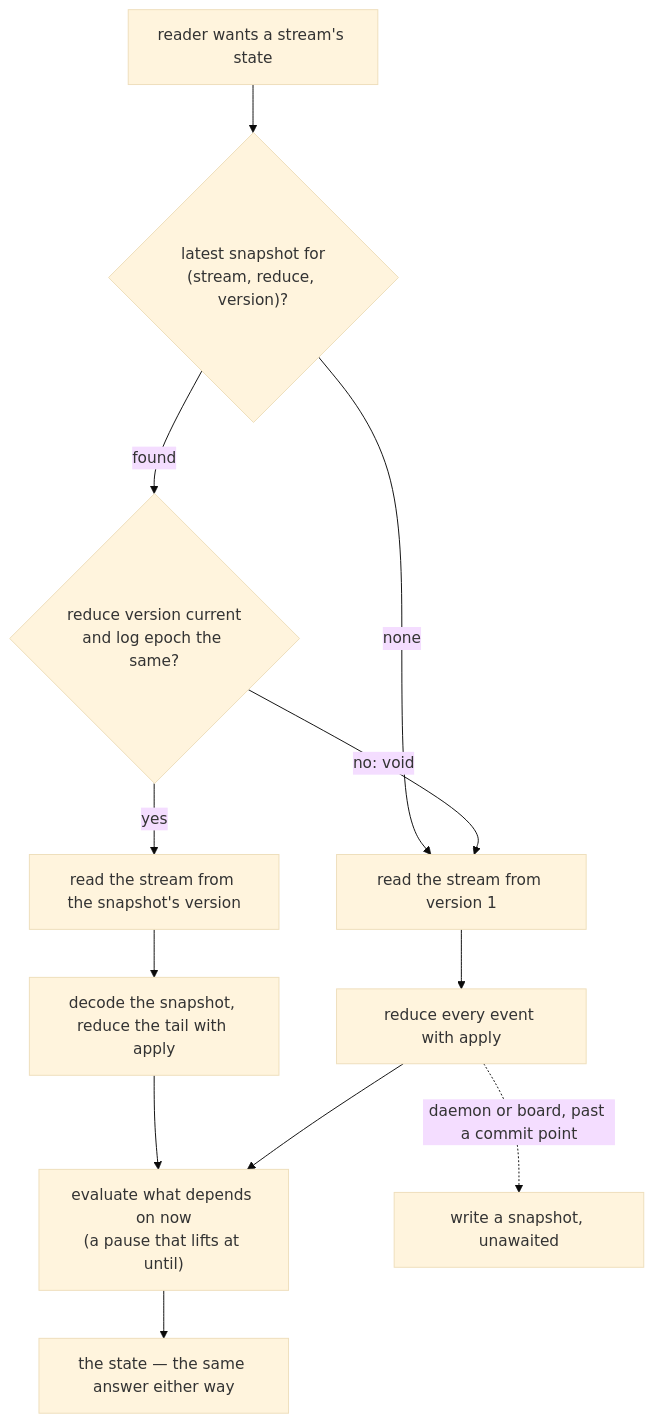
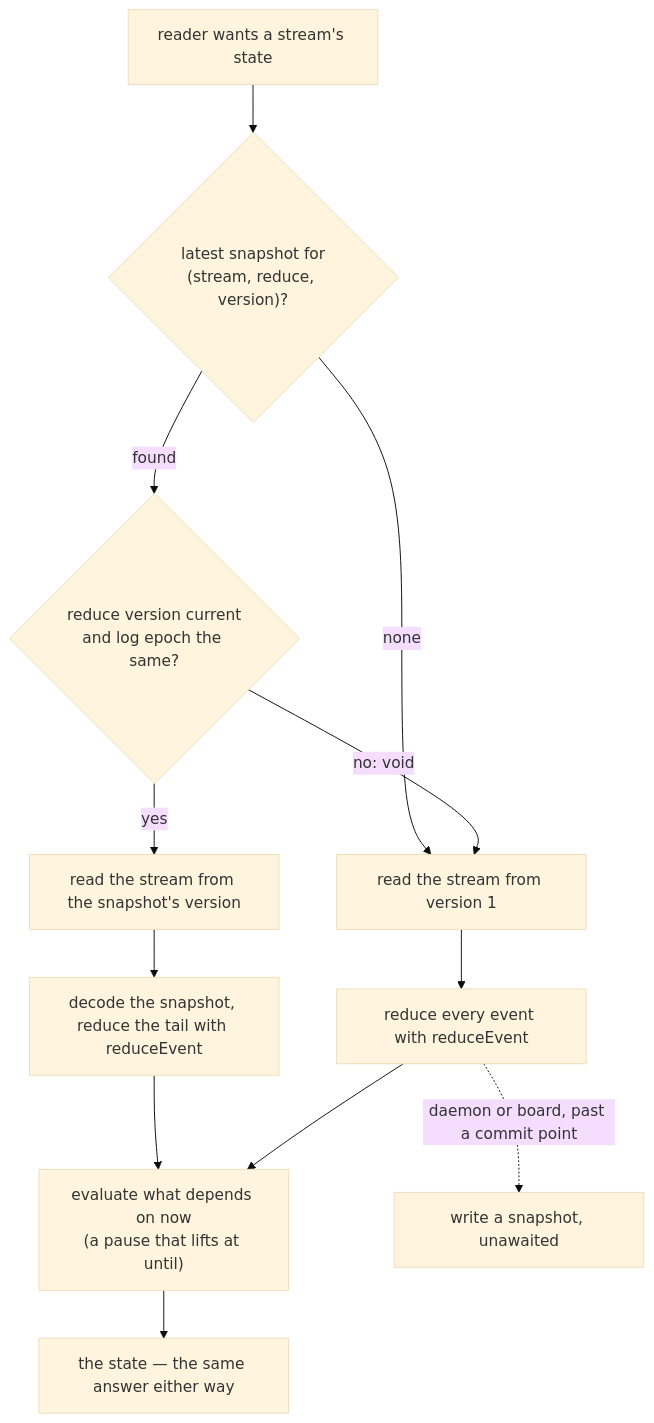
One commit to steven-zhc/lingtai changed the second of 4 diagrams in doc/design/one-fold-per-stream.md. Above: the diagram before and after it, drawn with Mermaid (base theme). The commit also changed other lines of this file and 7 other files, not shown here.

````diff
--- a/doc/design/one-fold-per-stream.md
+++ b/doc/design/one-fold-per-stream.md
@@ -56,14 +56,14 @@
 ```mermaid
 flowchart TB
   A["reader wants a stream's state"] --> S{"latest snapshot for<br/>(stream, reduce, version)?"}
   S -->|none| FULL["read the stream from version 1"]
   S -->|found| V{"reduce version current<br/>and log epoch the same?"}
   V -->|no: void| FULL
   V -->|yes| TAIL["read the stream from the snapshot's version"]
-  TAIL --> FOLD["decode the snapshot, reduce the tail with apply"]
-  FULL --> FOLD0["reduce every event with apply"]
+  TAIL --> FOLD["decode the snapshot, reduce the tail with reduceEvent"]
+  FULL --> FOLD0["reduce every event with reduceEvent"]
   FOLD --> NOW["evaluate what depends on now<br/>(a pause that lifts at until)"]
   FOLD0 --> NOW
   NOW --> OUT["the state — the same answer either way"]
   FOLD0 -.->|"daemon or board, past a commit point"| WRITE["write a snapshot, unawaited"]
 ```
````
